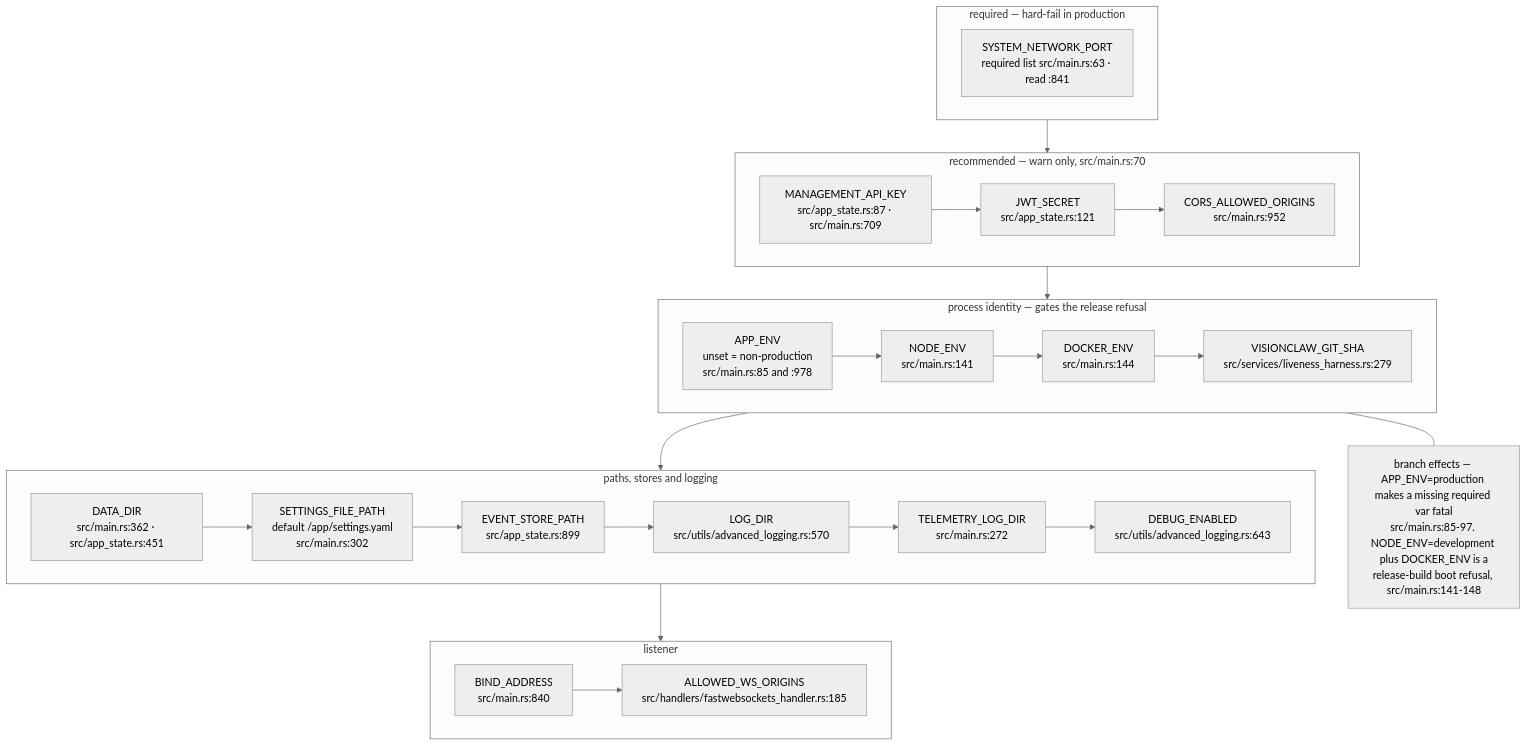
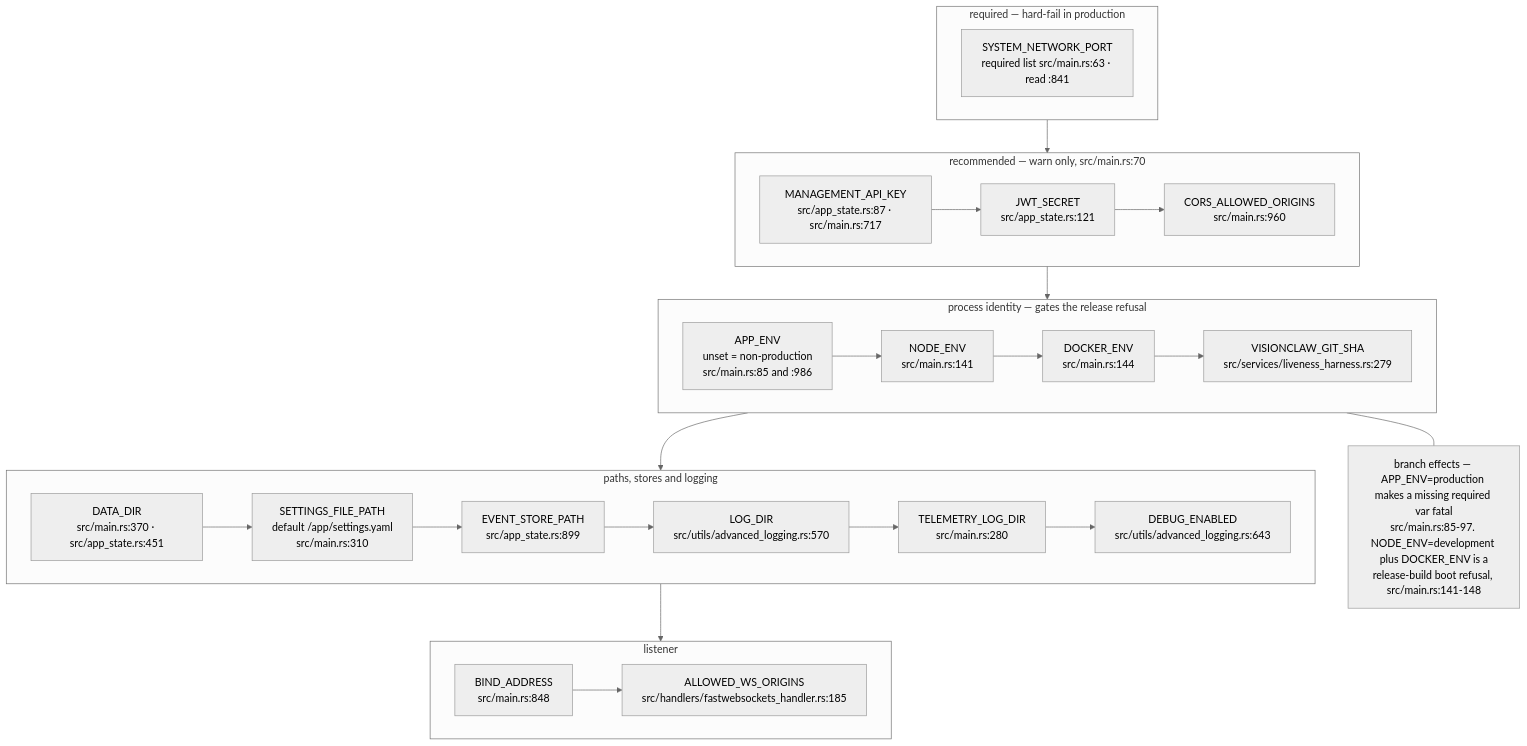
Before and after one commit to DreamLab-AI/VisionFlow: the eighth of 15 diagrams in docs/diagrams/visionclaw/09-config-and-env-flags.md, drawn with Mermaid (neutral theme). The commit also changed other lines of this file and 111 other files, not shown here.

Commit message:
docs(diagrams): align estate maps with current source

````diff
--- a/docs/diagrams/visionclaw/09-config-and-env-flags.md
+++ b/docs/diagrams/visionclaw/09-config-and-env-flags.md
@@ -384,21 +385,21 @@
 ```mermaid
 flowchart TB
     subgraph REQ["required — hard-fail in production"]
         E1["SYSTEM_NETWORK_PORT<br/>required list src/main.rs:63 · read :841"]
     end
     subgraph RECO["recommended — warn only, src/main.rs:70"]
-        E2["MANAGEMENT_API_KEY<br/>src/app_state.rs:87 · src/main.rs:709"] --> E3["JWT_SECRET<br/>src/app_state.rs:121"] --> E4["CORS_ALLOWED_ORIGINS<br/>src/main.rs:952"]
+        E2["MANAGEMENT_API_KEY<br/>src/app_state.rs:87 · src/main.rs:717"] --> E3["JWT_SECRET<br/>src/app_state.rs:121"] --> E4["CORS_ALLOWED_ORIGINS<br/>src/main.rs:960"]
     end
     subgraph IDENT["process identity — gates the release refusal"]
-        E5["APP_ENV<br/>unset = non-production<br/>src/main.rs:85 and :978"] --> E6["NODE_ENV<br/>src/main.rs:141"] --> E7["DOCKER_ENV<br/>src/main.rs:144"] --> E8["VISIONCLAW_GIT_SHA<br/>src/services/liveness_harness.rs:279"]
+        E5["APP_ENV<br/>unset = non-production<br/>src/main.rs:85 and :986"] --> E6["NODE_ENV<br/>src/main.rs:141"] --> E7["DOCKER_ENV<br/>src/main.rs:144"] --> E8["VISIONCLAW_GIT_SHA<br/>src/services/liveness_harness.rs:279"]
     end
     subgraph PATHS["paths, stores and logging"]
-        E9["DATA_DIR<br/>src/main.rs:362 · src/app_state.rs:451"] --> E10["SETTINGS_FILE_PATH<br/>default /app/settings.yaml<br/>src/main.rs:302"] --> E11["EVENT_STORE_PATH<br/>src/app_state.rs:899"] --> E12["LOG_DIR<br/>src/utils/advanced_logging.rs:570"] --> E13["TELEMETRY_LOG_DIR<br/>src/main.rs:272"] --> E14["DEBUG_ENABLED<br/>src/utils/advanced_logging.rs:643"]
+        E9["DATA_DIR<br/>src/main.rs:370 · src/app_state.rs:451"] --> E10["SETTINGS_FILE_PATH<br/>default /app/settings.yaml<br/>src/main.rs:310"] --> E11["EVENT_STORE_PATH<br/>src/app_state.rs:899"] --> E12["LOG_DIR<br/>src/utils/advanced_logging.rs:570"] --> E13["TELEMETRY_LOG_DIR<br/>src/main.rs:280"] --> E14["DEBUG_ENABLED<br/>src/utils/advanced_logging.rs:643"]
     end
     subgraph BIND["listener"]
-        E15["BIND_ADDRESS<br/>src/main.rs:840"] --> E16["ALLOWED_WS_ORIGINS<br/>src/handlers/fastwebsockets_handler.rs:185"]
+        E15["BIND_ADDRESS<br/>src/main.rs:848"] --> E16["ALLOWED_WS_ORIGINS<br/>src/handlers/fastwebsockets_handler.rs:185"]
     end
     REQ --> RECO --> IDENT --> PATHS --> BIND
     N["branch effects — APP_ENV=production makes a missing required var fatal<br/>src/main.rs:85-97. NODE_ENV=development plus DOCKER_ENV is a<br/>release-build boot refusal, src/main.rs:141-148"]
     IDENT --- N
 ```
````
